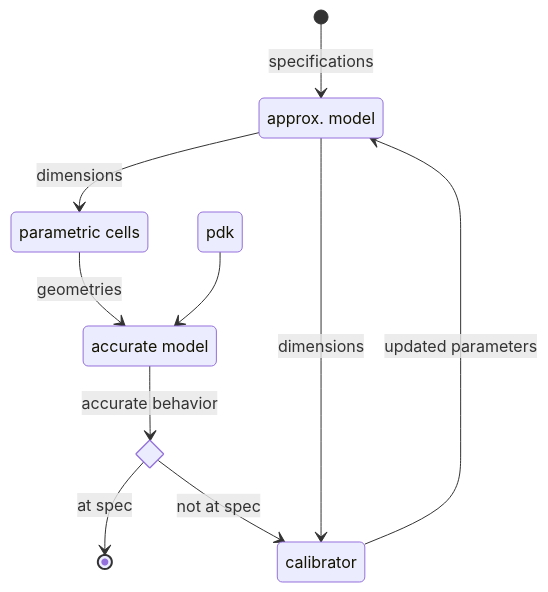
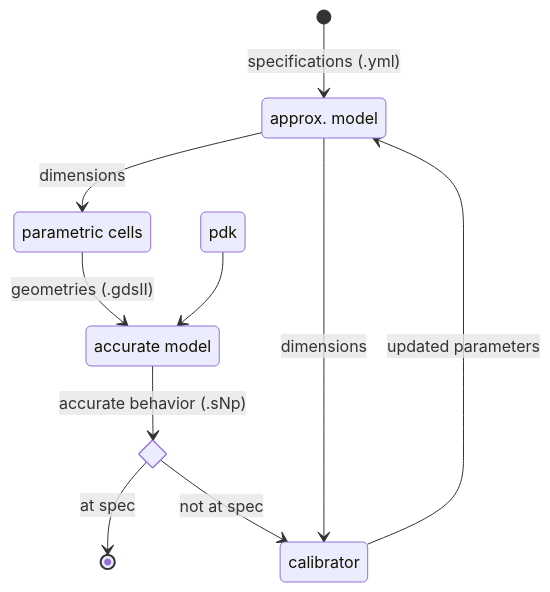
The diagram in docs/README.md (Patarimi/hades), drawn with Mermaid before and after one commit.

Commit message:
small doc improvements.

````diff
--- a/docs/README.md
+++ b/docs/README.md
@@ -20,17 +20,17 @@
 ```mermaid
 stateDiagram
-    [*] --> app: specifications
+    [*] --> app: specifications (.yml)
     app: approx. model
     pc: parametric cells
     app --> pc: dimensions
     sim: accurate model
-    pc --> sim: geometries
+    pc --> sim: geometries (.gdsII)
     pdk --> sim
     cal: calibrator
     state atSpec <<choice>>
-    sim --> atSpec: accurate behavior
+    sim --> atSpec: accurate behavior (.sNp)
     atSpec --> [*]: at spec
     atSpec --> cal: not at spec
     app --> cal: dimensions
     cal --> app: updated parameters
 ```
````
